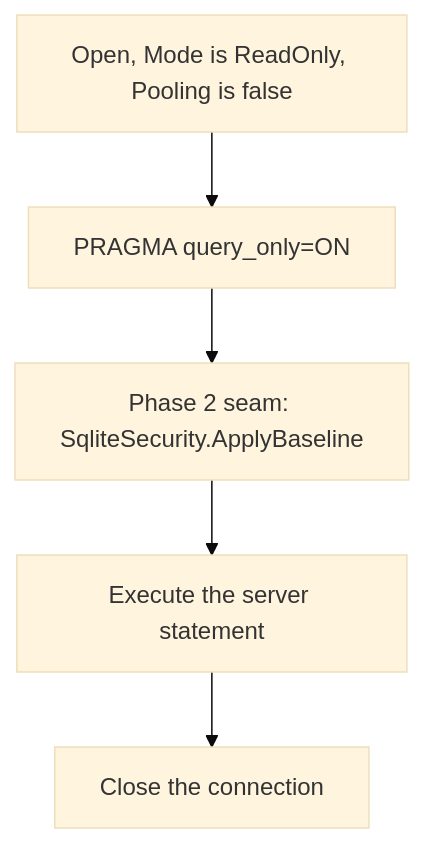
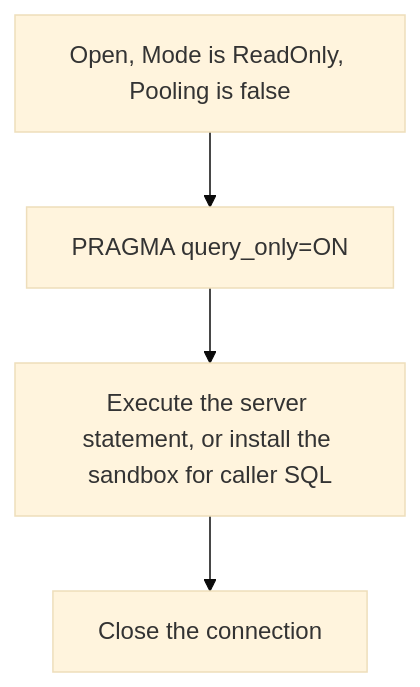
Before and after one commit to xakpc/sqlite-mcp-sidecar: the diagram in .lode/database/connections.md, drawn with Mermaid (base theme). The commit also changed other lines of this file and 52 other files, not shown here.

````diff
--- a/.lode/database/connections.md
+++ b/.lode/database/connections.md
@@ -25,7 +25,6 @@
 ```mermaid
 flowchart TD
     open[Open, Mode is ReadOnly, Pooling is false] --> qo[PRAGMA query_only=ON]
-    qo --> seam[Phase 2 seam: SqliteSecurity.ApplyBaseline]
-    seam --> exec[Execute the server statement]
+    qo --> exec[Execute the server statement, or install the sandbox for caller SQL]
     exec --> close[Close the connection]
 ```
````
